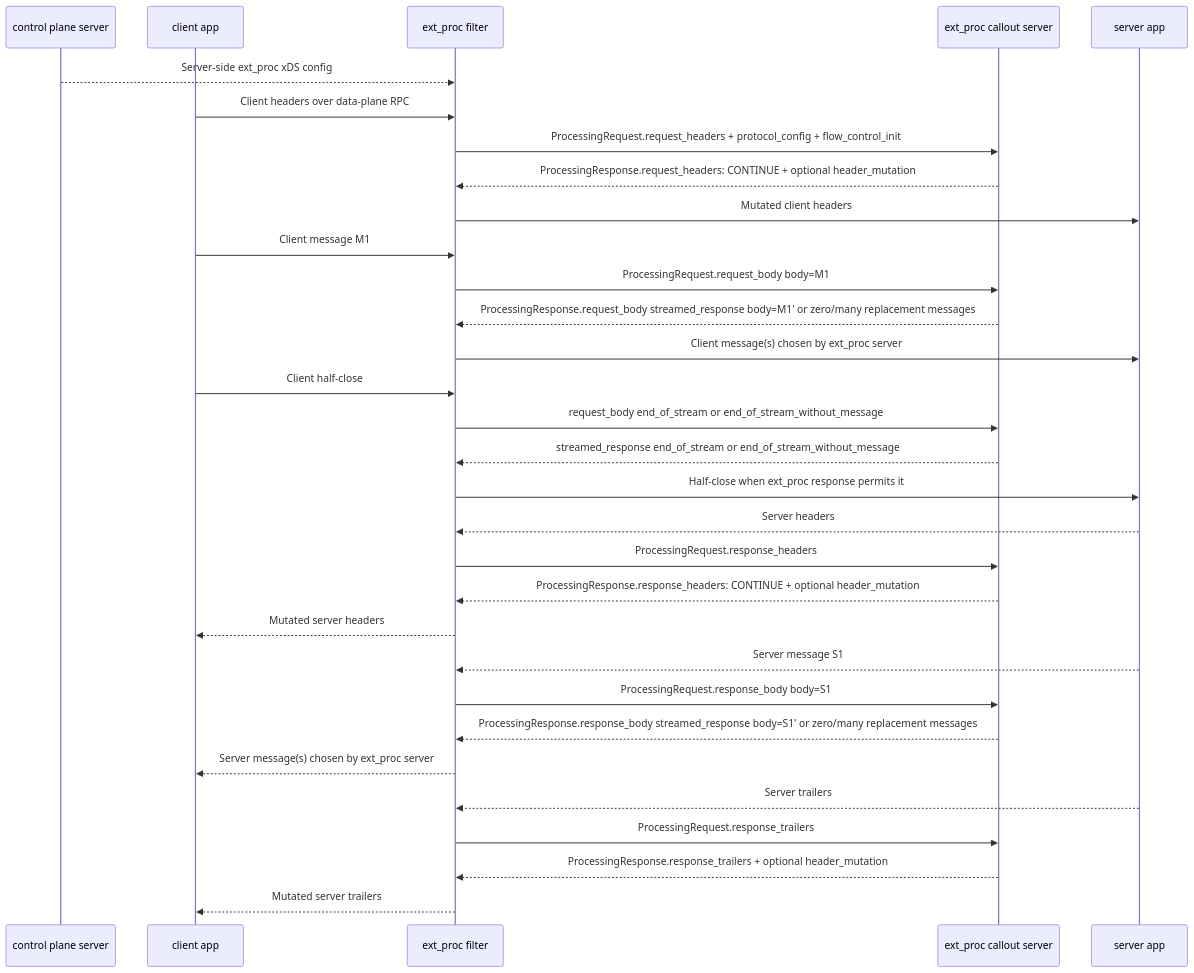
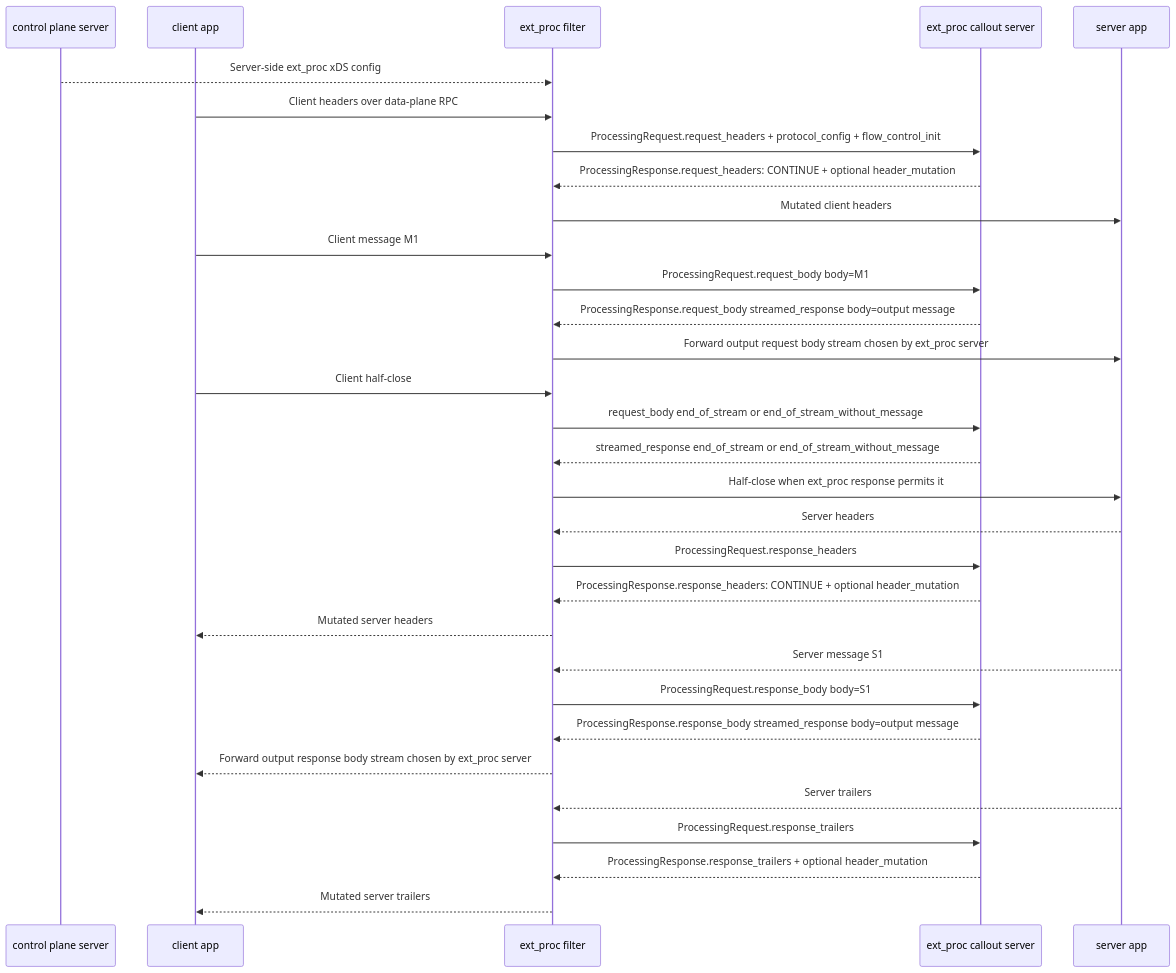
Before and after one commit to ran-su/ext_proc_spec: the third of 16 diagrams in a93_ext_proc_data_flows.md, drawn with Mermaid. The commit also changed other lines of this file and 1 other file, not shown here.

Commit message:
Clarify ext_proc body stream state

````diff
--- a/a93_ext_proc_data_flows.md
+++ b/a93_ext_proc_data_flows.md
@@ -86,39 +86,39 @@
 ```mermaid
 sequenceDiagram
     participant CP as control plane server
     participant Client as client app
     participant Filter as ext_proc filter
     participant EP as ext_proc callout server
     participant Server as server app
 
     CP-->>Filter: Server-side ext_proc xDS config
     Client->>Filter: Client headers over data-plane RPC
     Filter->>EP: ProcessingRequest.request_headers + protocol_config + flow_control_init
     EP-->>Filter: ProcessingResponse.request_headers: CONTINUE + optional header_mutation
     Filter->>Server: Mutated client headers
 
     Client->>Filter: Client message M1
     Filter->>EP: ProcessingRequest.request_body body=M1
-    EP-->>Filter: ProcessingResponse.request_body streamed_response body=M1' or zero/many replacement messages
-    Filter->>Server: Client message(s) chosen by ext_proc server
+    EP-->>Filter: ProcessingResponse.request_body streamed_response body=output message
+    Filter->>Server: Forward output request body stream chosen by ext_proc server
 
     Client->>Filter: Client half-close
     Filter->>EP: request_body end_of_stream or end_of_stream_without_message
     EP-->>Filter: streamed_response end_of_stream or end_of_stream_without_message
     Filter->>Server: Half-close when ext_proc response permits it
 
     Server-->>Filter: Server headers
     Filter->>EP: ProcessingRequest.response_headers
     EP-->>Filter: ProcessingResponse.response_headers: CONTINUE + optional header_mutation
     Filter-->>Client: Mutated server headers
 
     Server-->>Filter: Server message S1
     Filter->>EP: ProcessingRequest.response_body body=S1
-    EP-->>Filter: ProcessingResponse.response_body streamed_response body=S1' or zero/many replacement messages
-    Filter-->>Client: Server message(s) chosen by ext_proc server
+    EP-->>Filter: ProcessingResponse.response_body streamed_response body=output message
+    Filter-->>Client: Forward output response body stream chosen by ext_proc server
 
     Server-->>Filter: Server trailers
     Filter->>EP: ProcessingRequest.response_trailers
     EP-->>Filter: ProcessingResponse.response_trailers + optional header_mutation
     Filter-->>Client: Mutated server trailers
 ```
````
